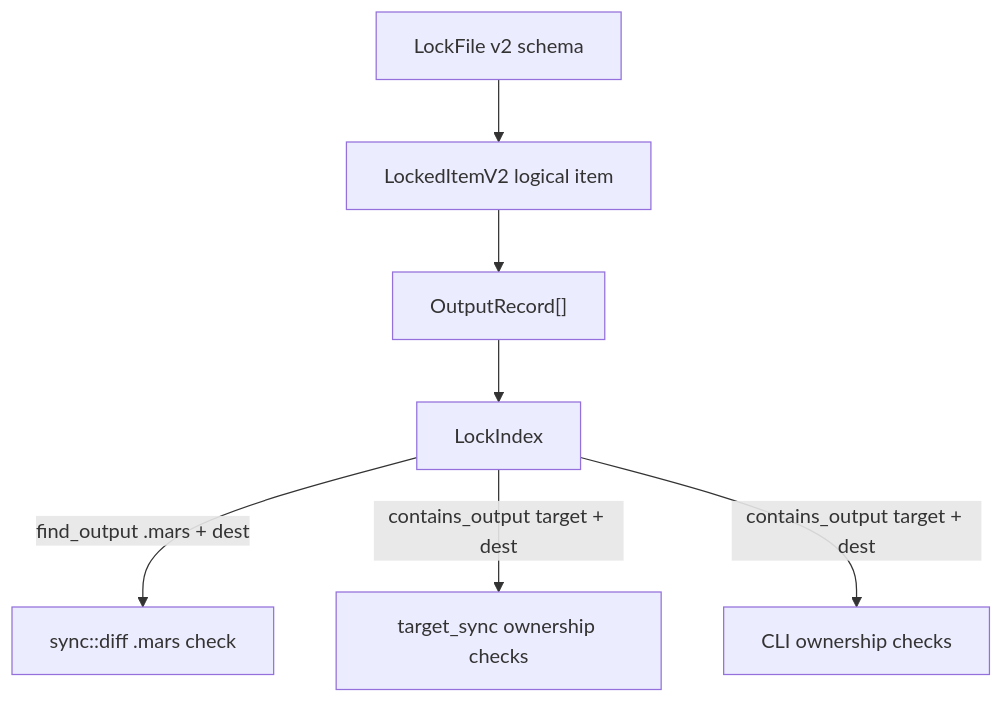
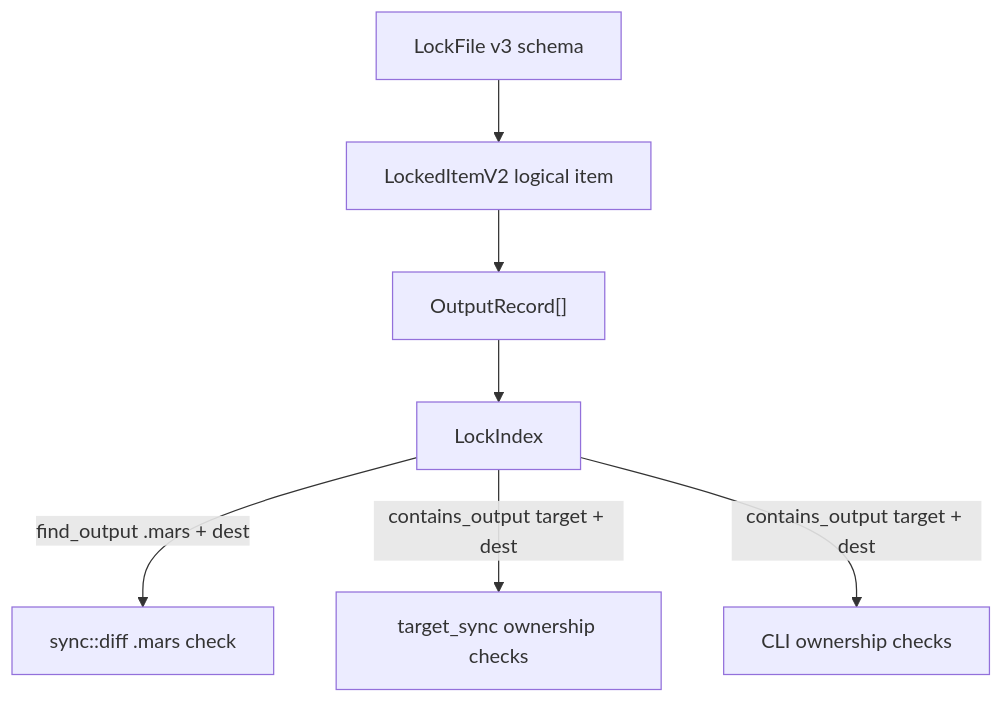
One commit to haowjy/mars-agents changed the diagram in src/lock/.context/CONTEXT.md. Above: the diagram before and after it, drawn with Mermaid. The commit also changed other lines of this file and 23 other files, not shown here.

````diff
--- a/src/lock/.context/CONTEXT.md
+++ b/src/lock/.context/CONTEXT.md
@@ -77,15 +89,15 @@
 ```mermaid
 flowchart TD
-    LockFile["LockFile v2 schema"]
+    LockFile["LockFile v3 schema"]
     Item["LockedItemV2 logical item"]
     Outputs["OutputRecord[]"]
     Index["LockIndex"]
     Canonical["sync::diff .mars check"]
     TargetSync["target_sync ownership checks"]
     CLI["CLI ownership checks"]
 
     LockFile --> Item --> Outputs --> Index
     Index -->|find_output .mars + dest| Canonical
     Index -->|contains_output target + dest| TargetSync
     Index -->|contains_output target + dest| CLI
 ```
````
